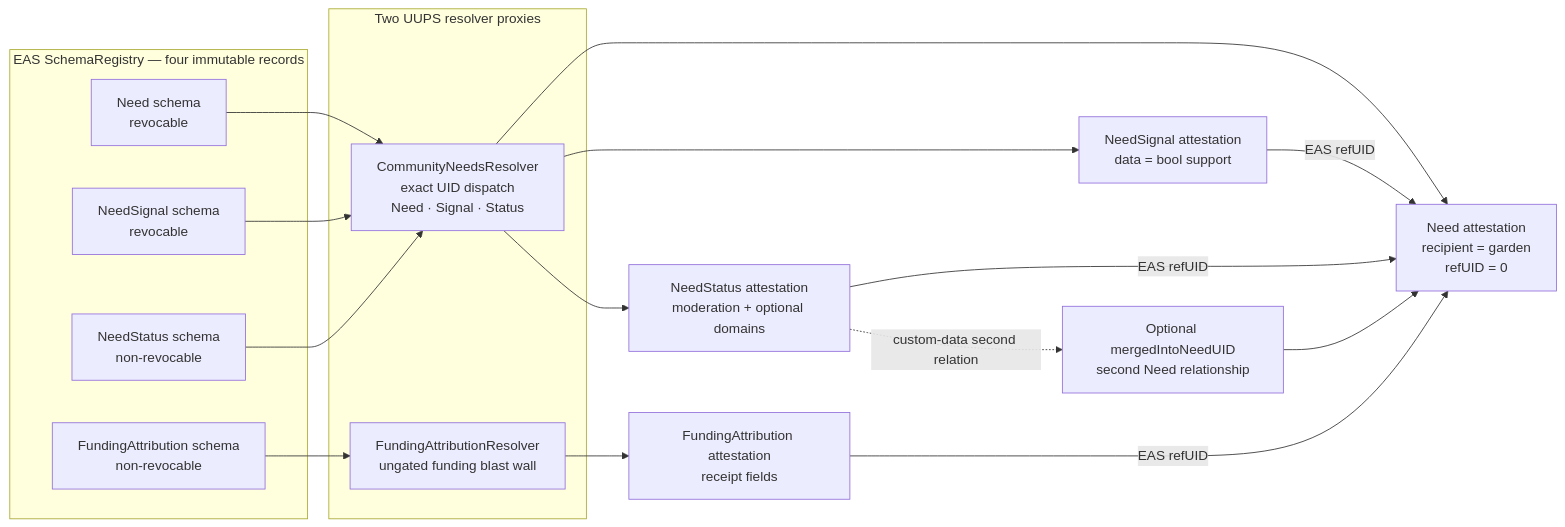
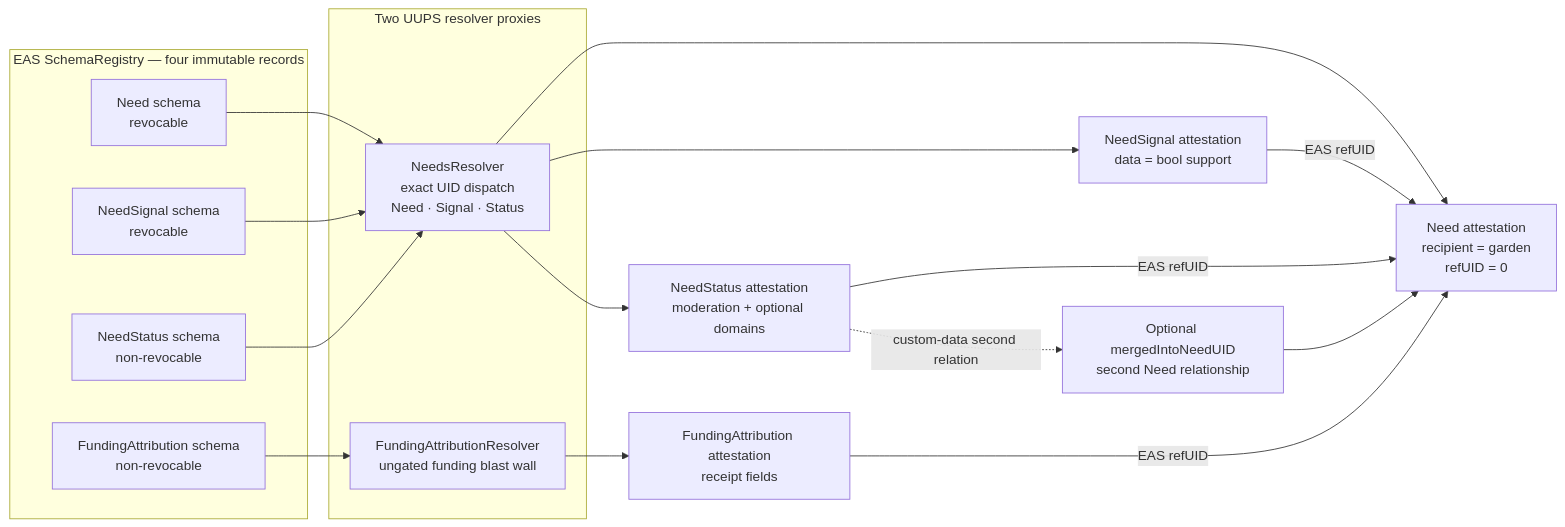
One commit to greenpill-dev-guild/green-goods changed the fourth of 14 diagrams in .plans/active/community-interface/diagrams.md. Above: the diagram before and after it, drawn with Mermaid. The commit also changed 20 other files, not shown here.

````diff
--- a/.plans/active/community-interface/diagrams.md
+++ b/.plans/active/community-interface/diagrams.md
@@ -207,34 +207,34 @@
 ```mermaid
 flowchart LR
   subgraph REGISTRY["EAS SchemaRegistry — four immutable records"]
     NS["Need schema<br/>revocable"]
     SS["NeedSignal schema<br/>revocable"]
     STS["NeedStatus schema<br/>non-revocable"]
     FS["FundingAttribution schema<br/>non-revocable"]
   end
 
   subgraph RESOLVERS["Two UUPS resolver proxies"]
-    CNR["CommunityNeedsResolver<br/>exact UID dispatch<br/>Need · Signal · Status"]
+    CNR["NeedsResolver<br/>exact UID dispatch<br/>Need · Signal · Status"]
     FAR["FundingAttributionResolver<br/>ungated funding blast wall"]
   end
 
   NEED["Need attestation<br/>recipient = garden<br/>refUID = 0"]
   SIGNAL["NeedSignal attestation<br/>data = bool support"]
   STATUS["NeedStatus attestation<br/>moderation + optional domains"]
   FUNDING["FundingAttribution attestation<br/>receipt fields"]
   MERGE["Optional mergedIntoNeedUID<br/>second Need relationship"]
 
   NS --> CNR
   SS --> CNR
   STS --> CNR
   FS --> FAR
   CNR --> NEED
   CNR --> SIGNAL
   CNR --> STATUS
   FAR --> FUNDING
   SIGNAL -->|"EAS refUID"| NEED
   STATUS -->|"EAS refUID"| NEED
   FUNDING -->|"EAS refUID"| NEED
   STATUS -.->|"custom-data second relation"| MERGE
   MERGE --> NEED
 ```
````
